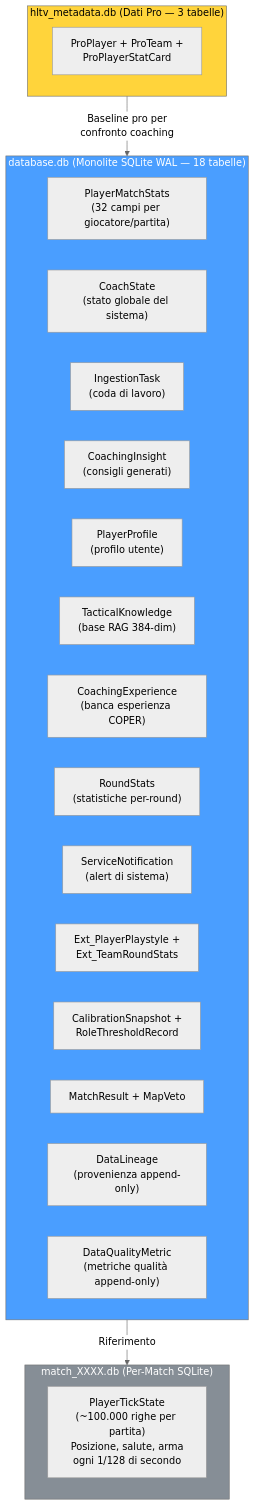
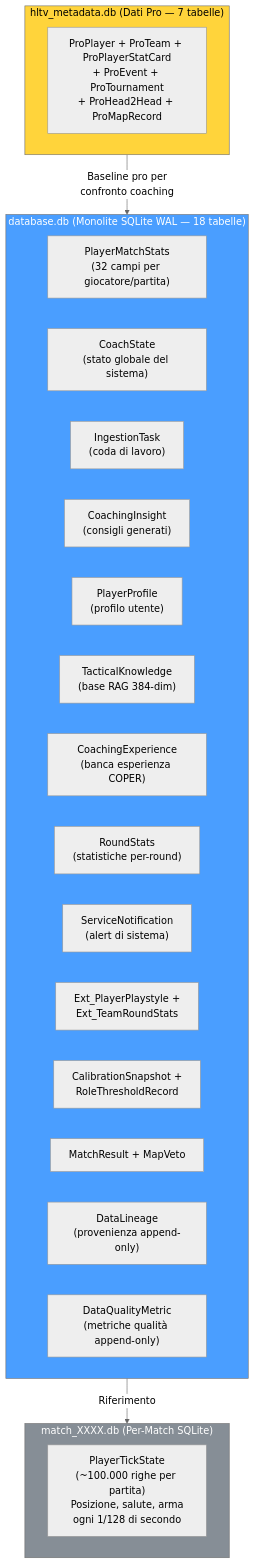
Diagram 21 of 52 in docs/books/Book-Coach-3.md (renanaugustomacena-ux/Counter-Strike-coach-AI), drawn with Mermaid (neutral theme) before and after one commit. The commit also changed other lines of this file and 4 other files, not shown here.

````diff
--- a/docs/books/Book-Coach-3.md
+++ b/docs/books/Book-Coach-3.md
@@ -1233,31 +1240,31 @@
 ```mermaid
 flowchart TB
     subgraph T12["database.db (Monolite SQLite WAL — 18 tabelle)"]
         PMS["PlayerMatchStats<br/>(32 campi per giocatore/partita)"]
         CS["CoachState<br/>(stato globale del sistema)"]
         IT["IngestionTask<br/>(coda di lavoro)"]
         CI["CoachingInsight<br/>(consigli generati)"]
         PP["PlayerProfile<br/>(profilo utente)"]
         TK["TacticalKnowledge<br/>(base RAG 384-dim)"]
         CE["CoachingExperience<br/>(banca esperienza COPER)"]
         RS["RoundStats<br/>(statistiche per-round)"]
         SN["ServiceNotification<br/>(alert di sistema)"]
         EXT["Ext_PlayerPlaystyle +<br/>Ext_TeamRoundStats"]
         CALIB_ST["CalibrationSnapshot +<br/>RoleThresholdRecord"]
         MATCH_ST["MatchResult + MapVeto"]
         DL_ST["DataLineage<br/>(provenienza append-only)"]
         DQM_ST["DataQualityMetric<br/>(metriche qualità append-only)"]
     end
-    subgraph T_HLTV["hltv_metadata.db (Dati Pro — 3 tabelle)"]
-        PRO["ProPlayer + ProTeam +<br/>ProPlayerStatCard"]
+    subgraph T_HLTV["hltv_metadata.db (Dati Pro — 7 tabelle)"]
+        PRO["ProPlayer + ProTeam + ProPlayerStatCard<br/>+ ProEvent + ProTournament<br/>+ ProHead2Head + ProMapRecord"]
     end
     subgraph T3["match_XXXX.db (Per-Match SQLite)"]
         PTS["PlayerTickState<br/>(~100.000 righe per partita)<br/>Posizione, salute, arma<br/>ogni 1/128 di secondo"]
     end
     T12 -->|"Riferimento"| T3
     T_HLTV -->|"Baseline pro per<br/>confronto coaching"| T12
 
     style T12 fill:#4a9eff,color:#fff
     style T_HLTV fill:#ffd43b,color:#000
     style T3 fill:#868e96,color:#fff
 ```
````
